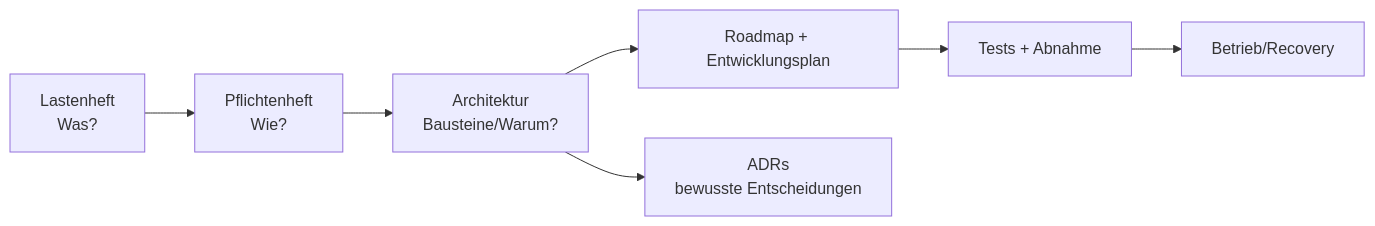
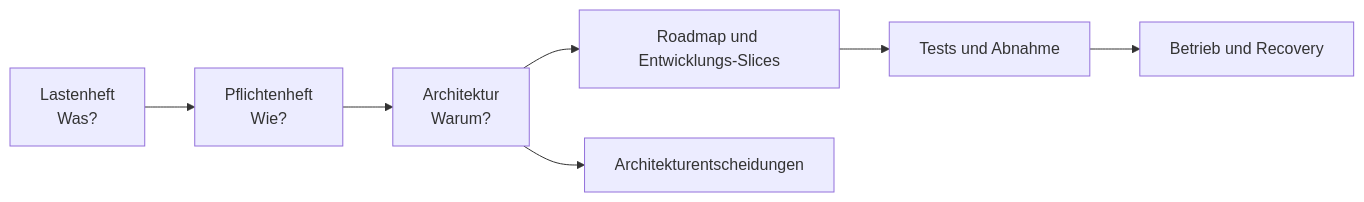
One commit to Robin-Goerlach/SASD-API-Server changed the diagram in docs/README.de.md. Above: the diagram before and after it, drawn with Mermaid. The commit also changed other lines of this file, not shown here.

```diff
--- a/docs/README.de.md
+++ b/docs/README.de.md
@@ -12,9 +19,9 @@
 ~~~mermaid
 flowchart LR
     L["Lastenheft<br/>Was?"] --> P["Pflichtenheft<br/>Wie?"]
-    P --> A["Architektur<br/>Bausteine/Warum?"]
-    A --> R["Roadmap + Entwicklungsplan"]
-    R --> T["Tests + Abnahme"]
-    A --> ADR["ADRs<br/>bewusste Entscheidungen"]
-    T --> Op["Betrieb/Recovery"]
+    P --> A["Architektur<br/>Warum?"]
+    A --> R["Roadmap und Entwicklungs-Slices"]
+    R --> T["Tests und Abnahme"]
+    A --> ADR["Architekturentscheidungen"]
+    T --> B["Betrieb und Recovery"]
 ~~~
```
